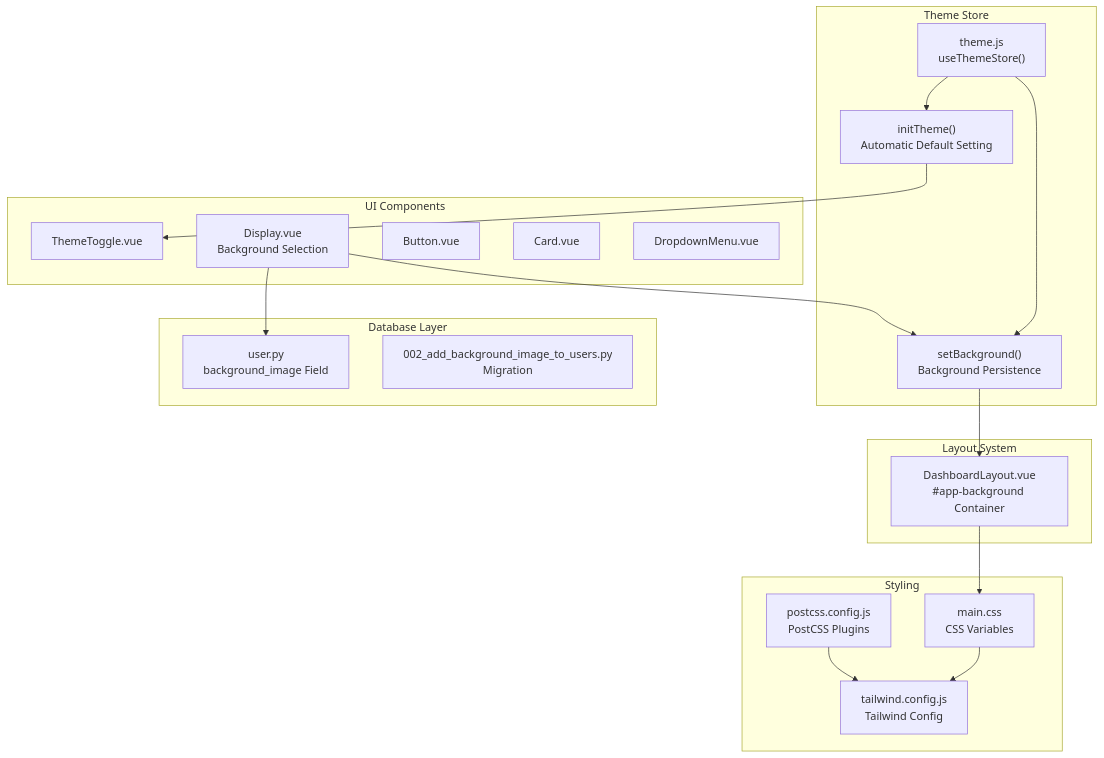
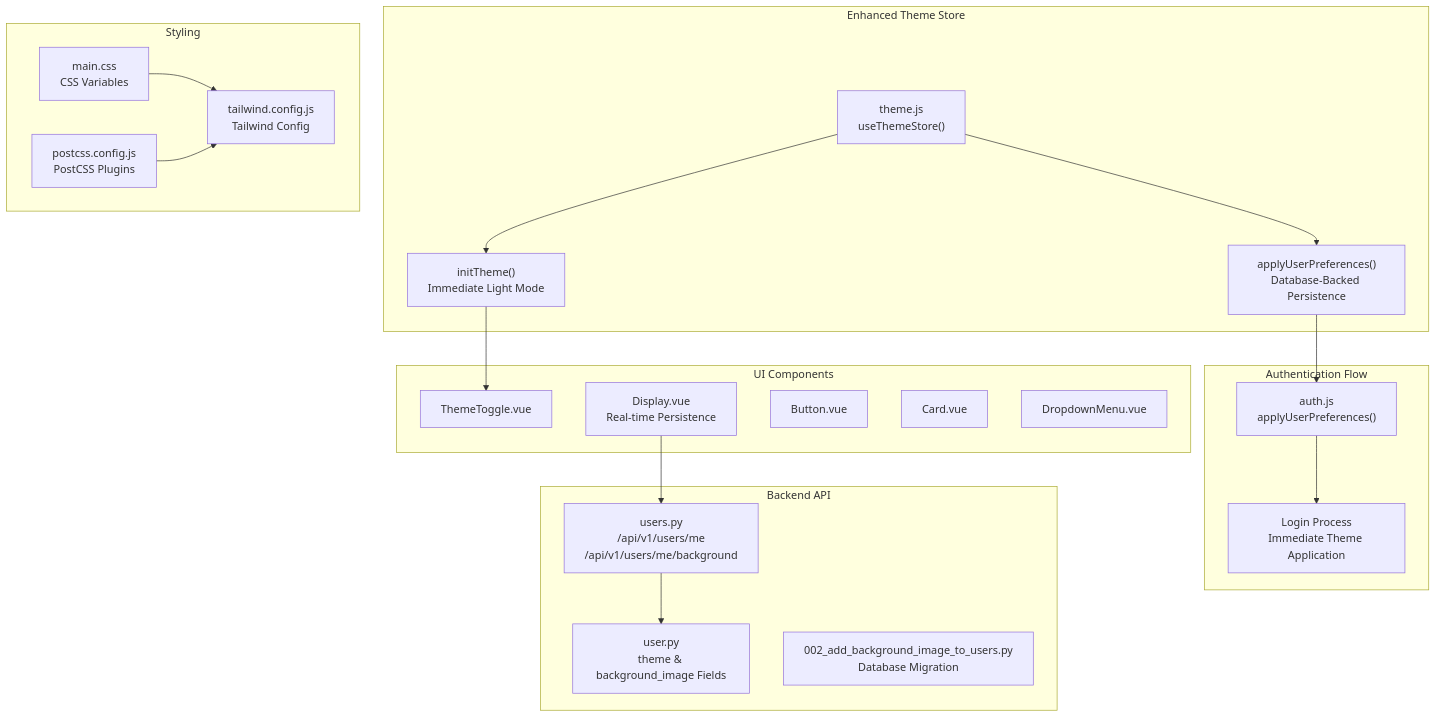
Before and after one commit to Nikita5543/New-SSO-02: the first of 8 diagrams in .qoder/repowiki/en/content/Frontend Architecture/Theming and Customization.md, drawn with Mermaid. The commit also changed other lines of this file and 3 other files, not shown here.

First line of the commit message:
feat(user): add unified profile update with theme and background support

````diff
--- a/.qoder/repowiki/en/content/Frontend Architecture/Theming and Customization.md
+++ b/.qoder/repowiki/en/content/Frontend Architecture/Theming and Customization.md
@@ -56,36 +59,38 @@
 ```mermaid
 graph TB
-subgraph "Theme Store"
+subgraph "Enhanced Theme Store"
 TS["theme.js<br/>useThemeStore()"]
-INIT["initTheme()<br/>Automatic Default Setting"]
-BG["setBackground()<br/>Background Persistence"]
+INIT["initTheme()<br/>Immediate Light Mode"]
+APPLY["applyUserPreferences()<br/>Database-Backed Persistence"]
 end
 subgraph "UI Components"
 TT["ThemeToggle.vue"]
-DISP["Display.vue<br/>Background Selection"]
+DISP["Display.vue<br/>Real-time Persistence"]
 BTN["Button.vue"]
 CARD["Card.vue"]
 DD["DropdownMenu.vue"]
 end
-subgraph "Layout System"
-DL["DashboardLayout.vue<br/>#app-background Container"]
+subgraph "Authentication Flow"
+AUTH["auth.js<br/>applyUserPreferences()"]
+LOGIN["Login Process<br/>Immediate Theme Application"]
 end
-subgraph "Database Layer"
-UM["user.py<br/>background_image Field"]
-ALEMBIC["002_add_background_image_to_users.py<br/>Migration"]
+subgraph "Backend API"
+API["users.py<br/>/api/v1/users/me<br/>/api/v1/users/me/background"]
+MODEL["user.py<br/>theme & background_image Fields"]
+ALEMBIC["002_add_background_image_to_users.py<br/>Database Migration"]
 end
 subgraph "Styling"
 CSS["main.css<br/>CSS Variables"]
 TW["tailwind.config.js<br/>Tailwind Config"]
 PC["postcss.config.js<br/>PostCSS Plugins"]
 end
 TS --> INIT
-TS --> BG
+TS --> APPLY
 INIT --> TT
-BG --> DL
-DISP --> BG
-DISP --> UM
-DL --> CSS
+APPLY --> AUTH
+AUTH --> LOGIN
+DISP --> API
+API --> MODEL
 CSS --> TW
 PC --> TW
 ```
````
